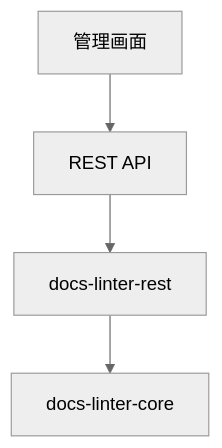
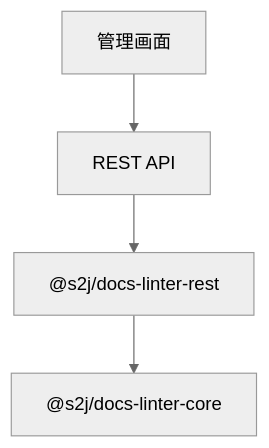
One commit to stein2nd/docs-linter changed diagram 11 of 11 in docsMod/in_wordpress.md. Above: the diagram before and after it, drawn with Mermaid (neutral theme). The commit also changed other lines of this file, not shown here.

````diff
--- a/docsMod/in_wordpress.md
+++ b/docsMod/in_wordpress.md
@@ -332,6 +332,6 @@
 ```mermaid
 flowchart TD
   A["管理画面"] --> B["REST API"]
-  B --> C["`docs-linter-rest`"]
-  C --> D["`docs-linter-core`"]
+  B --> C["`@s2j/docs-linter-rest`"]
+  C --> D["`@s2j/docs-linter-core`"]
 ```
````
